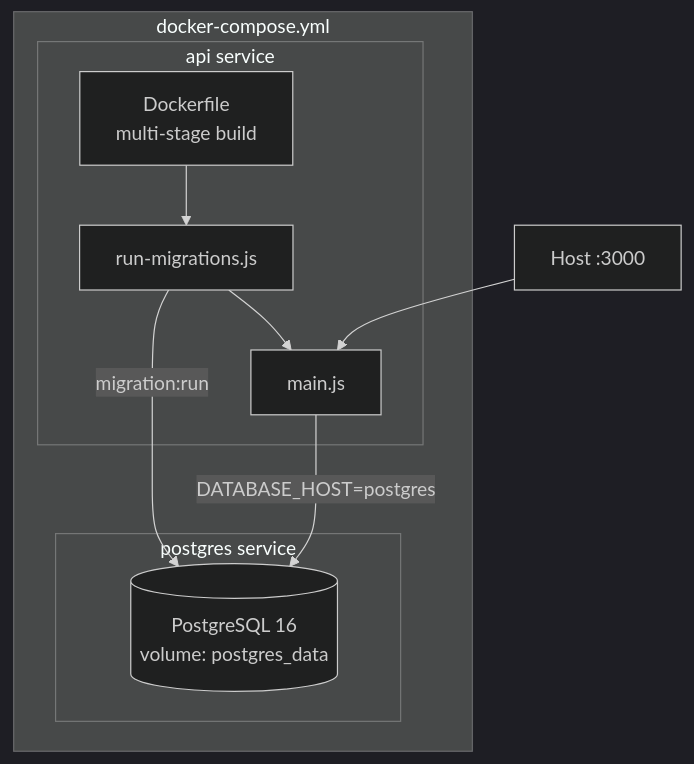
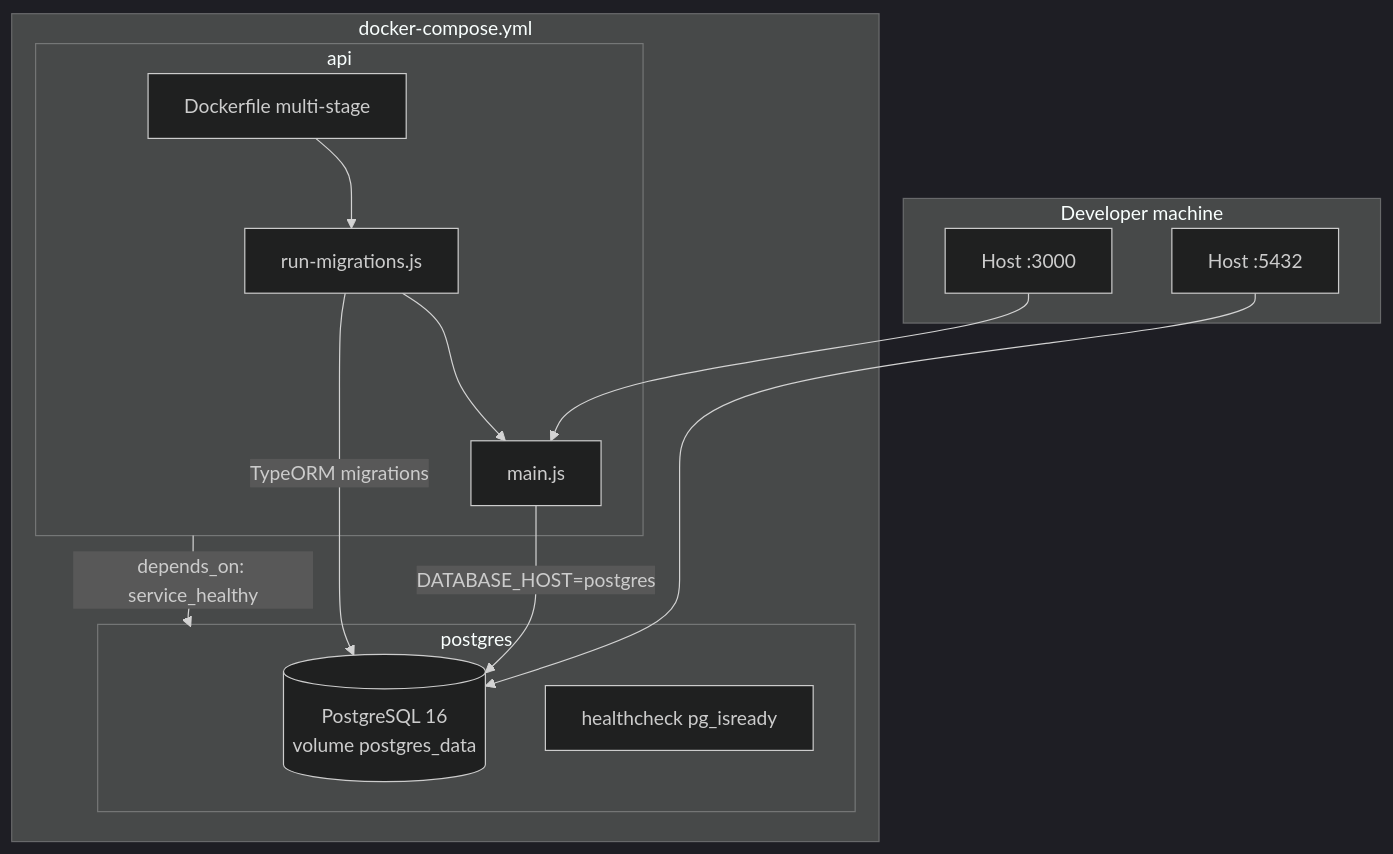
The diagram in docs/architecture/diagrams/05-deployment-docker.md (JeansCordoba/Colombian_fruits), drawn with Mermaid (dark theme) before and after one commit. The commit also changed other lines of this file and 22 other files, not shown here.

Commit message:
docs: fix wiki links, slim README, and align diagrams with standards

````diff
--- a/docs/architecture/diagrams/05-deployment-docker.md
+++ b/docs/architecture/diagrams/05-deployment-docker.md
@@ -5,18 +11,27 @@
 ```mermaid
 flowchart TB
-    subgraph compose ["docker-compose.yml"]
-        subgraph pg ["postgres service"]
-            PG[(PostgreSQL 16<br/>volume: postgres_data)]
+    subgraph Host ["Developer machine"]
+        Port3000["Host :3000"]
+        Port5432["Host :5432"]
+    end
+
+    subgraph Compose ["docker-compose.yml"]
+        subgraph PGService ["postgres"]
+            PG[(PostgreSQL 16<br/>volume postgres_data)]
+            HC["healthcheck pg_isready"]
         end
-        subgraph api ["api service"]
-            Build["Dockerfile<br/>multi-stage build"]
-            Mig["run-migrations.js"]
-            Main["main.js"]
-            Build --> Mig --> Main
+
+        subgraph APIService ["api"]
+            IMG["Dockerfile multi-stage"]
+            MIG["run-migrations.js"]
+            APP["main.js"]
+            IMG --> MIG --> APP
         end
     end
 
-    Host["Host :3000"] --> Main
-    Main -->|"DATABASE_HOST=postgres"| PG
-    Mig -->|"migration:run"| PG
+    Port3000 --> APP
+    Port5432 --> PG
+    APP -->|"DATABASE_HOST=postgres"| PG
+    MIG -->|"TypeORM migrations"| PG
+    APIService -->|"depends_on: service_healthy"| PGService
 ```
````
